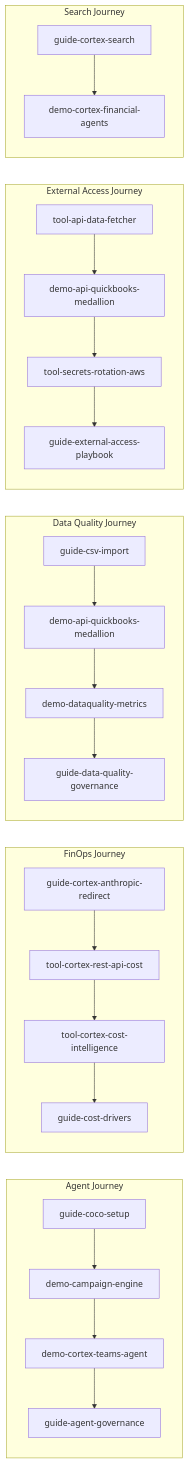
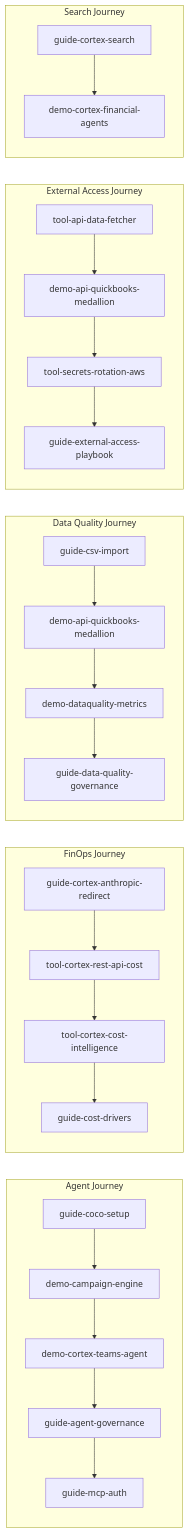
Before and after one commit to sfc-gh-miwhitaker/sfe-public: the second of 2 diagrams in README.md, drawn with Mermaid. The commit also changed other lines of this file and 6 other files, not shown here.

````diff
--- a/README.md
+++ b/README.md
@@ -102,30 +103,31 @@
 ```mermaid
 flowchart LR
   subgraph arc1 [Agent Journey]
     cocoSetup[guide-coco-setup] --> campaignBuild[demo-campaign-engine]
     campaignBuild --> teamsAgent[demo-cortex-teams-agent]
     teamsAgent --> agentGov[guide-agent-governance]
+    agentGov --> mcpAuth[guide-mcp-auth]
   end
 
   subgraph arc2 [FinOps Journey]
     anthropic[guide-cortex-anthropic-redirect] --> restCost[tool-cortex-rest-api-cost]
     restCost --> costIntel[tool-cortex-cost-intelligence]
     costIntel --> costDrivers[guide-cost-drivers]
   end
 
   subgraph arc3 [Data Quality Journey]
     csvImport[guide-csv-import] --> medallion[demo-api-quickbooks-medallion]
     medallion --> dqMetrics[demo-dataquality-metrics]
     dqMetrics --> dqGov[guide-data-quality-governance]
   end
 
   subgraph arc4 [External Access Journey]
     apiFetcher[tool-api-data-fetcher] --> qbMedallion[demo-api-quickbooks-medallion]
     qbMedallion --> secretsRotation[tool-secrets-rotation-aws]
     secretsRotation --> eaPlaybook[guide-external-access-playbook]
   end
 
   subgraph arc5 [Search Journey]
     searchGuide[guide-cortex-search] --> finAgents[demo-cortex-financial-agents]
   end
 ```
````
